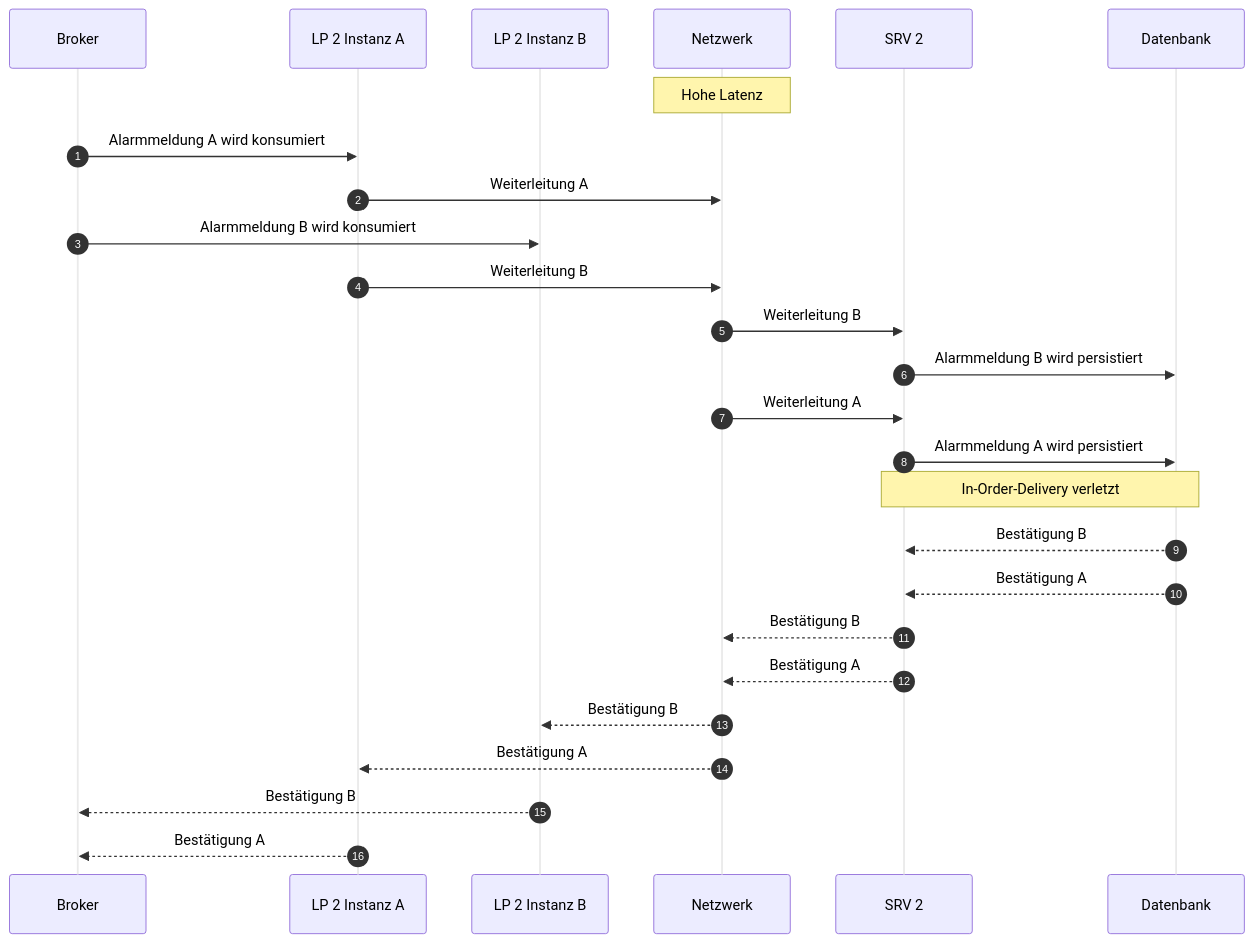
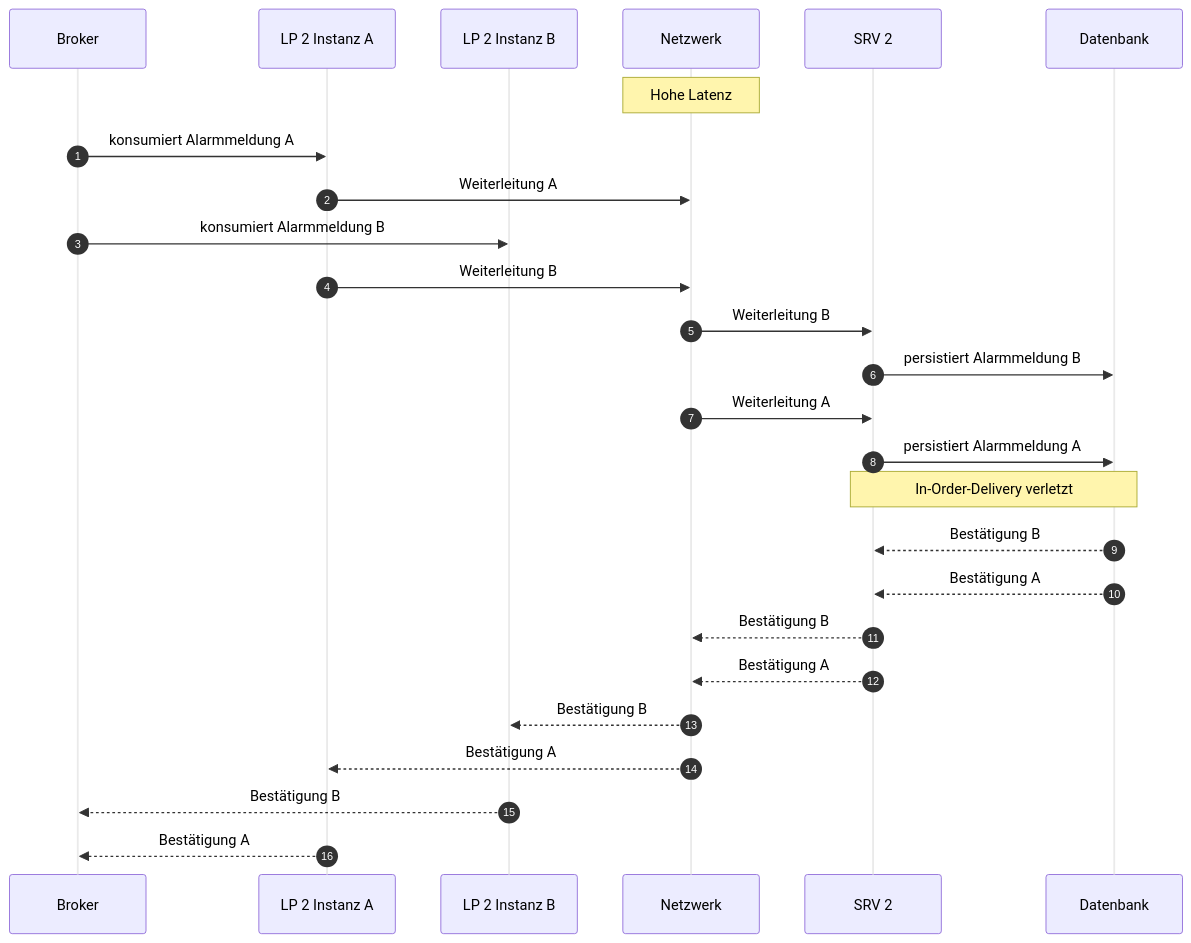
Before and after one commit to JadKHaddad/MT: the diagram in mermaid/lps_in_order_delivery_violation_sequence.mmd, drawn with Mermaid. The commit also changed 14 other files, not shown here.

```diff
--- a/mermaid/lps_in_order_delivery_violation_sequence.mmd
+++ b/mermaid/lps_in_order_delivery_violation_sequence.mmd
@@ -1,34 +1,34 @@
 %%{init: { 'themeVariables': { 'actorLineColor': '#EAEAEA', 'signalTextColor': '#000000' } } }%%
 sequenceDiagram
     autonumber
     participant B as Broker
     participant L1 as LP 2 Instanz A
     participant L2 as LP 2 Instanz B
     participant NET as Netzwerk
     participant S as SRV 2
     participant DB as Datenbank
     
     Note over NET: Hohe Latenz
 
-    B->>L1: Alarmmeldung A wird konsumiert
+    B->>L1: konsumiert Alarmmeldung A
     L1->>NET: Weiterleitung A
 
-    B->>L2: Alarmmeldung B wird konsumiert
+    B->>L2: konsumiert Alarmmeldung B
     L1->>NET: Weiterleitung B
 
     NET->>S: Weiterleitung B
-    S->>DB: Alarmmeldung B wird persistiert
+    S->>DB: persistiert Alarmmeldung B
 
     NET->>S: Weiterleitung A
-    S->>DB: Alarmmeldung A wird persistiert
+    S->>DB: persistiert Alarmmeldung A
 
     Note over S,DB: In-Order-Delivery verletzt
 
     DB-->>S: Bestätigung B
     DB-->>S: Bestätigung A
     S-->>NET: Bestätigung B
     S-->>NET: Bestätigung A
     NET-->>L2: Bestätigung B
     NET-->>L1: Bestätigung A
     L2-->>B: Bestätigung B
     L1-->>B: Bestätigung A
```
